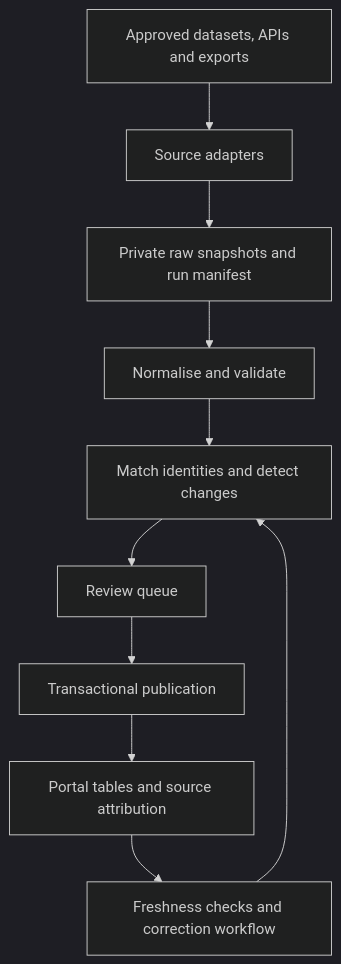
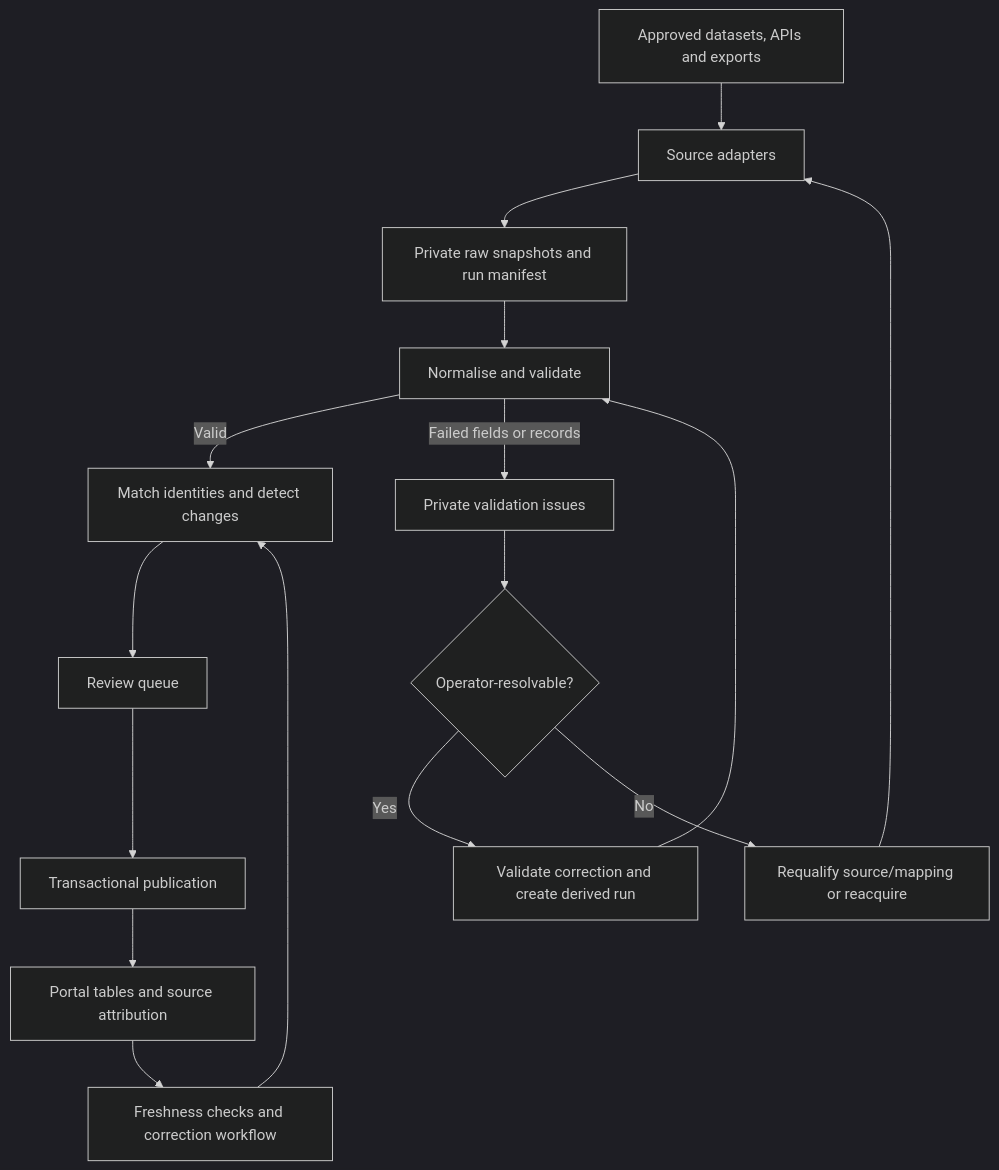
Before and after one commit to BEN-DataDev/community-orgs-portal: the diagram in docs/data-ingestion-strategy.md, drawn with Mermaid (dark theme). The commit also changed other lines of this file and 9 other files, not shown here.

````diff
--- a/docs/data-ingestion-strategy.md
+++ b/docs/data-ingestion-strategy.md
@@ -95,12 +96,18 @@
 ```mermaid
 flowchart TD
     A[Approved datasets, APIs and exports] --> B[Source adapters]
     B --> C[Private raw snapshots and run manifest]
     C --> D[Normalise and validate]
-    D --> E[Match identities and detect changes]
+    D -->|Valid| E[Match identities and detect changes]
+    D -->|Failed fields or records| J[Private validation issues]
+    J --> K{Operator-resolvable?}
+    K -->|Yes| L[Validate correction and create derived run]
+    K -->|No| M[Requalify source/mapping or reacquire]
+    L --> D
+    M --> B
     E --> F[Review queue]
     F --> G[Transactional publication]
     G --> H[Portal tables and source attribution]
     H --> I[Freshness checks and correction workflow]
     I --> E
 ```
````
